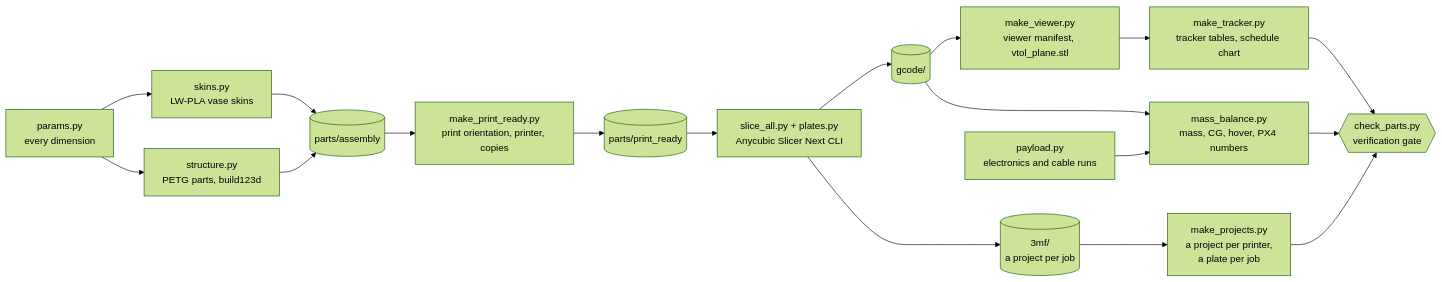
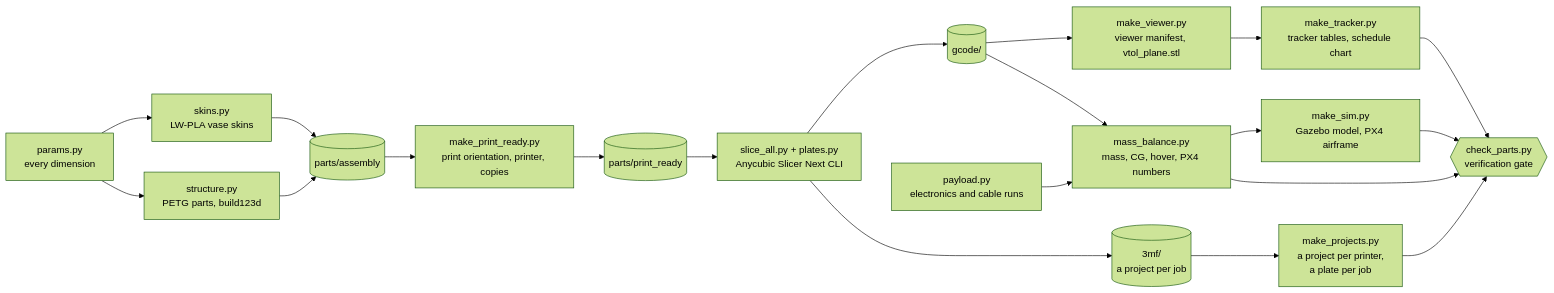
The first of 2 diagrams in README.md (AjayaDahal/vtol-plane), drawn with Mermaid (forest theme) before and after one commit. The commit also changed other lines of this file and 46 other files, not shown here.

````diff
--- a/README.md
+++ b/README.md
@@ -148,17 +159,18 @@
 ```mermaid
 flowchart LR
     P["params.py<br/>every dimension"] --> SK["skins.py<br/>LW-PLA vase skins"]
     P --> ST["structure.py<br/>PETG parts, build123d"]
     SK & ST --> AS[("parts/assembly")]
     AS --> PR["make_print_ready.py<br/>print orientation, printer, copies"]
     PR --> PRS[("parts/print_ready")]
     PRS --> SL["slice_all.py + plates.py<br/>Anycubic Slicer Next CLI"]
     SL --> GC[("gcode/")]
     SL --> TM[("3mf/<br/>a project per job")]
     TM --> MP["make_projects.py<br/>a project per printer,<br/>a plate per job"]
     GC --> MV["make_viewer.py<br/>viewer manifest, vtol_plane.stl"]
     MV --> MT["make_tracker.py<br/>tracker tables, schedule chart"]
     GC --> MB["mass_balance.py<br/>mass, CG, hover, PX4 numbers"]
     PL["payload.py<br/>electronics and cable runs"] --> MB
-    MT & MB & MP --> G{{"check_parts.py<br/>verification gate"}}
+    MB --> SIM["make_sim.py<br/>Gazebo model, PX4 airframe"]
+    MT & MB & MP & SIM --> G{{"check_parts.py<br/>verification gate"}}
 ```
````
